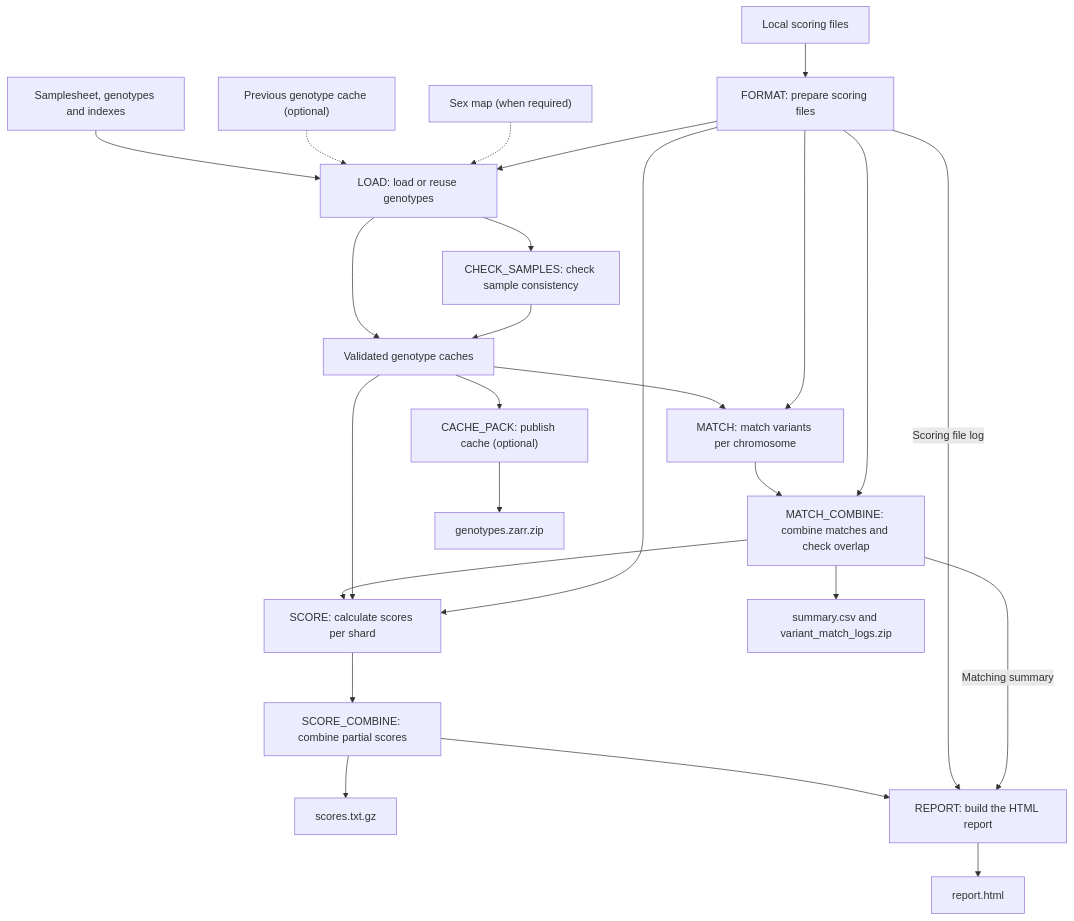
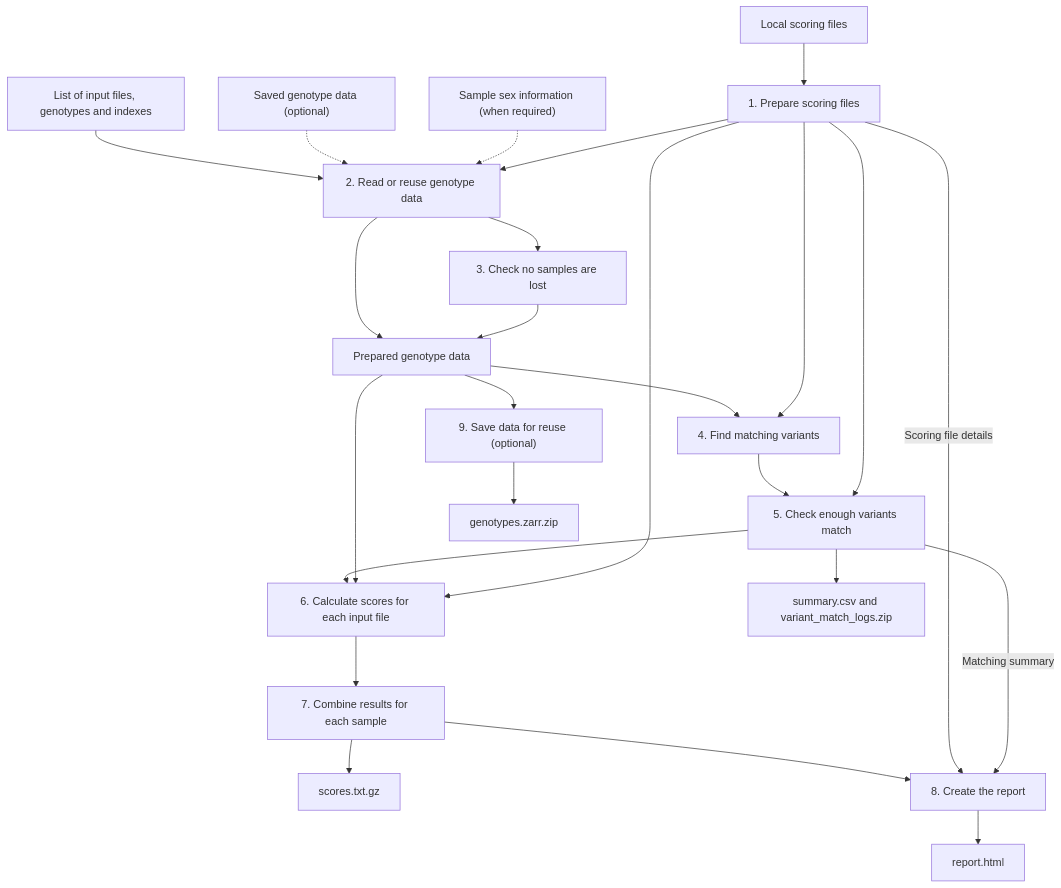
One commit to PGScatalog/pgsc_calc changed the diagram in README.md. Above: the diagram before and after it, drawn with Mermaid. The commit also changed other lines of this file, not shown here.

````diff
--- a/README.md
+++ b/README.md
@@ -17,27 +157,27 @@
 ```mermaid
 flowchart TD
-    scores["Local scoring files"] --> format["FORMAT: prepare scoring files"]
-    inputs["Samplesheet, genotypes and indexes"] --> load["LOAD: load or reuse genotypes"]
-    cache["Previous genotype cache (optional)"] -.-> load
-    sex["Sex map (when required)"] -.-> load
+    scores["Local scoring files"] --> format["1. Prepare scoring files"]
+    inputs["List of input files, genotypes and indexes"] --> load["2. Read or reuse genotype data"]
+    cache["Saved genotype data (optional)"] -.-> load
+    sex["Sample sex information (when required)"] -.-> load
     format --> load
-    load --> check["CHECK_SAMPLES: check sample consistency"]
-    load --> validated["Validated genotype caches"]
+    load --> check["3. Check no samples are lost"]
+    load --> validated["Prepared genotype data"]
     check --> validated
-    validated --> match["MATCH: match variants per chromosome"]
+    validated --> match["4. Find matching variants"]
     format --> match
-    match --> match_combine["MATCH_COMBINE: combine matches and check overlap"]
+    match --> match_combine["5. Check enough variants match"]
     format --> match_combine
-    match_combine --> score["SCORE: calculate scores per shard"]
+    match_combine --> score["6. Calculate scores for each input file"]
     validated --> score
     format --> score
-    score --> combine["SCORE_COMBINE: combine partial scores"]
+    score --> combine["7. Combine results for each sample"]
     combine --> results["scores.txt.gz"]
-    combine --> report["REPORT: build the HTML report"]
-    format -->|Scoring file log| report
+    combine --> report["8. Create the report"]
+    format -->|Scoring file details| report
     match_combine -->|Matching summary| report
     match_combine --> logs["summary.csv and variant_match_logs.zip"]
     report --> html["report.html"]
-    validated --> pack["CACHE_PACK: publish cache (optional)"]
+    validated --> pack["9. Save data for reuse (optional)"]
     pack --> archive["genotypes.zarr.zip"]
 ```
````
